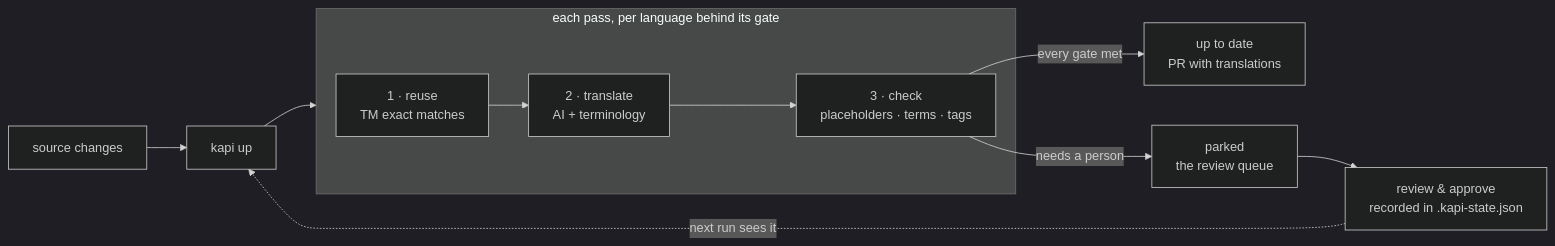
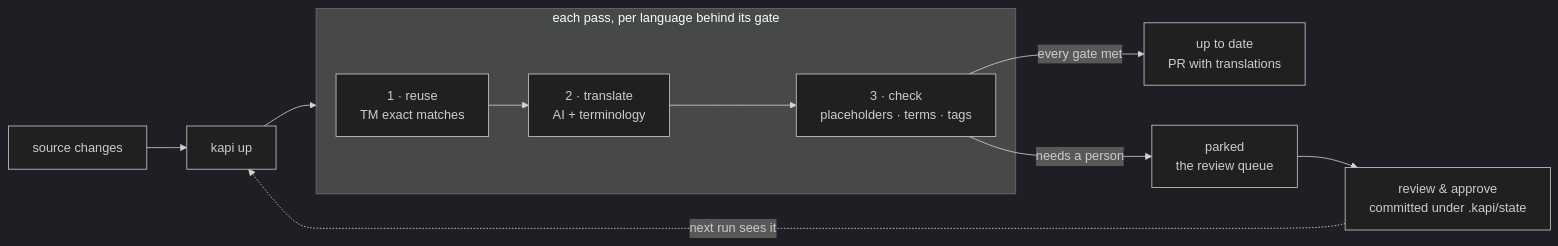
One commit to neokapi/kapi-workflows changed the diagram in README.md. Above: the diagram before and after it, drawn with Mermaid (dark theme). The commit also changed other lines of this file and 6 other files, not shown here.

````diff
--- a/README.md
+++ b/README.md
@@ -33,12 +33,12 @@
 ```mermaid
 flowchart LR
     S[source changes] --> U[kapi up]
     subgraph PASS ["each pass, per language behind its gate"]
         TM["1 · reuse<br/>TM exact matches"] --> AI["2 · translate<br/>AI + terminology"] --> CK["3 · check<br/>placeholders · terms · tags"]
     end
     U --> PASS
     CK -->|every gate met| CV["up to date<br/>PR with translations"]
     CK -->|needs a person| PK["parked<br/>the review queue"]
-    PK --> RV["review & approve<br/>recorded in .kapi-state.json"]
+    PK --> RV["review & approve<br/>committed under .kapi/state"]
     RV -.->|next run sees it| U
 ```
````
